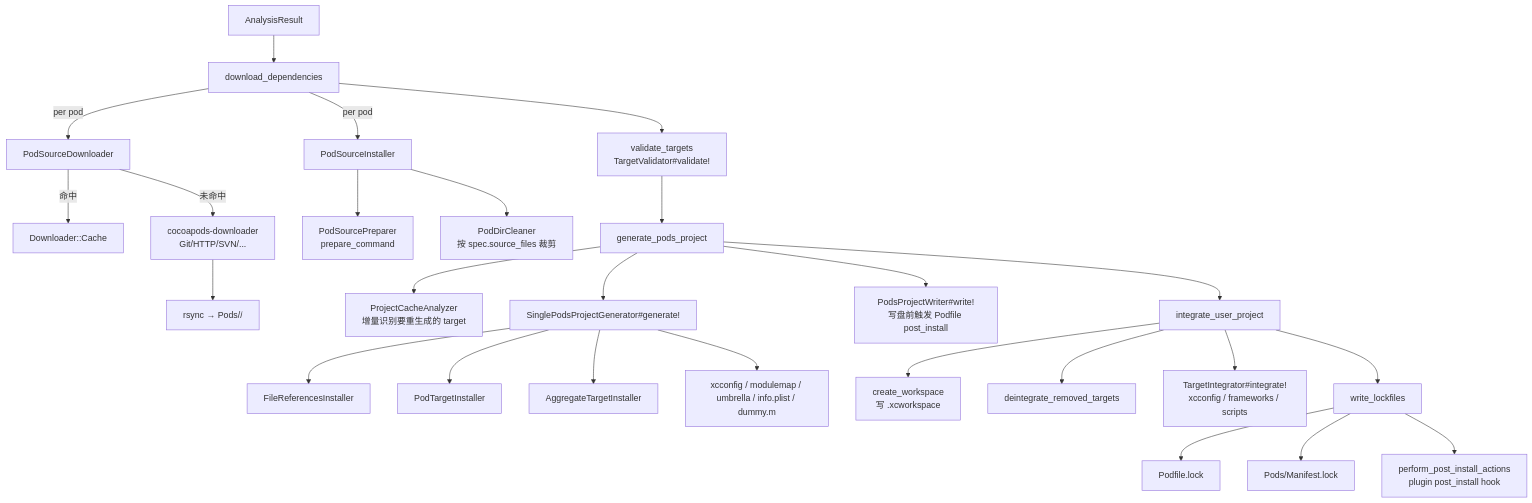
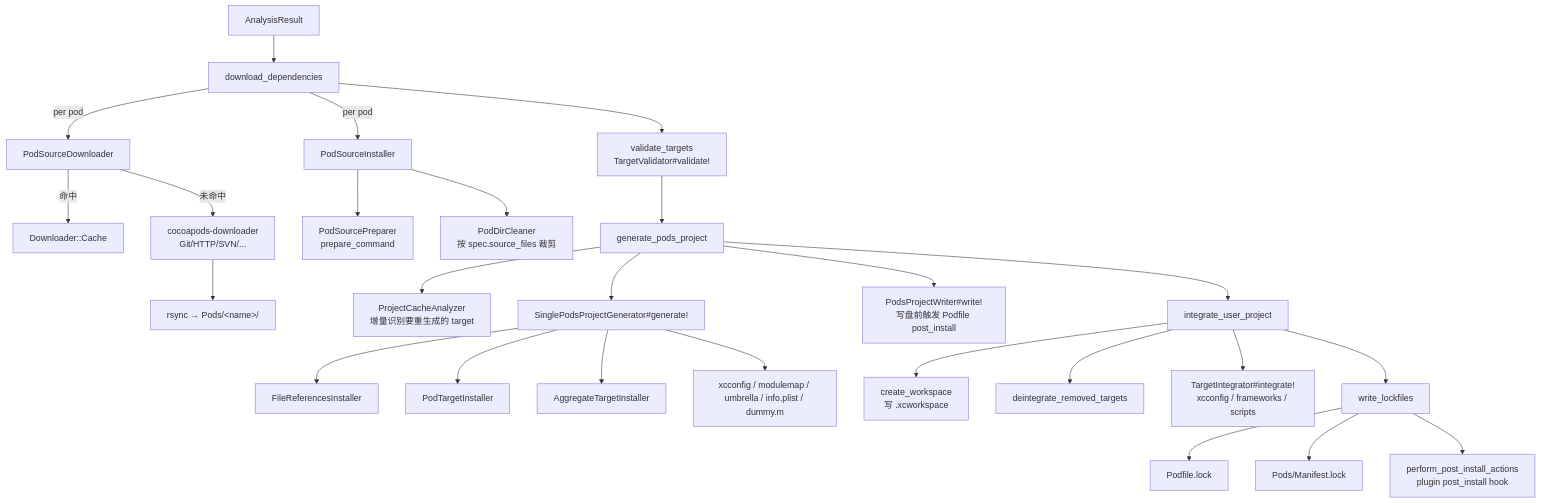
The diagram in content/posts/interview/ios-source-analysis/cocoapods-从下载到工程集成/index.md (AmatsuZero/LastStand), drawn with Mermaid before and after one commit. The commit also changed 6 other files, not shown here.

First line of the commit message:
fix(mermaid): escape angle brackets in node labels for Mermaid 11+ compatibility

````diff
--- a/content/posts/interview/ios-source-analysis/cocoapods-从下载到工程集成/index.md
+++ b/content/posts/interview/ios-source-analysis/cocoapods-从下载到工程集成/index.md
@@ -19,33 +19,33 @@
 ```mermaid
 flowchart TB
     A[AnalysisResult] --> B[download_dependencies]
     B -->|per pod| B1[PodSourceDownloader]
     B1 -->|命中| C1[Downloader::Cache]
     B1 -->|未命中| C2[cocoapods-downloader<br/>Git/HTTP/SVN/...]
-    C2 --> C3[rsync → Pods/<name>/]
+    C2 --> C3[rsync → Pods/&lt;name&gt;/]
     B -->|per pod| B2[PodSourceInstaller]
     B2 --> B3[PodSourcePreparer<br/>prepare_command]
     B2 --> B4[PodDirCleaner<br/>按 spec.source_files 裁剪]
 
     B --> D[validate_targets<br/>TargetValidator#validate!]
 
     D --> E[generate_pods_project]
     E --> E1[ProjectCacheAnalyzer<br/>增量识别要重生成的 target]
     E --> E2[SinglePodsProjectGenerator#generate!]
     E2 --> E21[FileReferencesInstaller]
     E2 --> E22[PodTargetInstaller]
     E2 --> E23[AggregateTargetInstaller]
     E2 --> E24[xcconfig / modulemap / umbrella / info.plist / dummy.m]
     E --> E3[PodsProjectWriter#write!<br/>写盘前触发 Podfile post_install]
 
     E --> F[integrate_user_project]
     F --> F1[create_workspace<br/>写 .xcworkspace]
     F --> F2[deintegrate_removed_targets]
     F --> F3[TargetIntegrator#integrate!<br/>xcconfig / frameworks / scripts]
 
     F --> G[write_lockfiles]
     G --> G1[Podfile.lock]
     G --> G2[Pods/Manifest.lock]
 
     G --> H[perform_post_install_actions<br/>plugin post_install hook]
 ```
````
